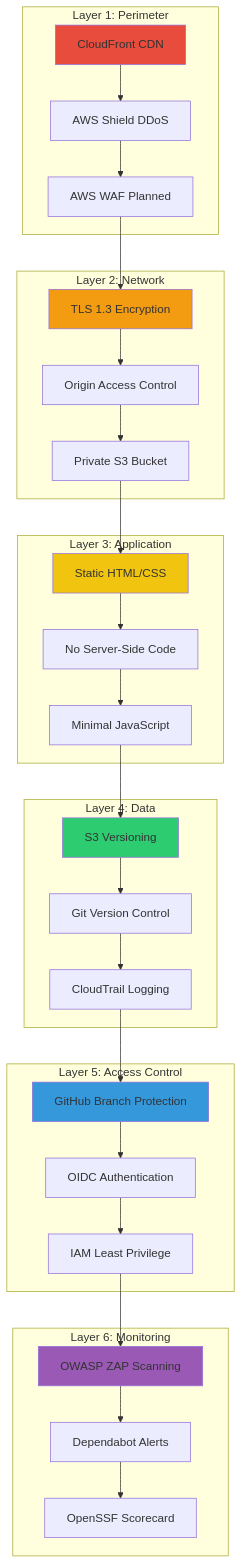
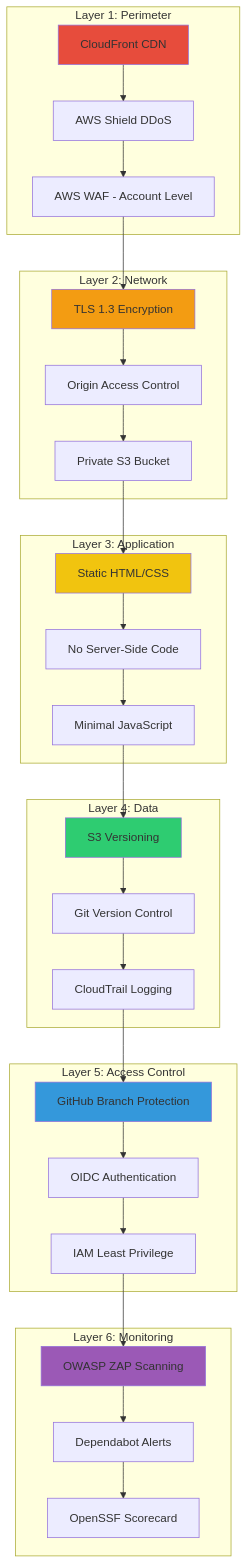
One commit to Hack23/homepage changed the sixth of 6 diagrams in SECURITY_ARCHITECTURE.md. Above: the diagram before and after it, drawn with Mermaid. The commit also changed other lines of this file and 1 other file, not shown here.

Commit message:
Update security architecture to reflect actual AWS implementations

````diff
--- a/SECURITY_ARCHITECTURE.md
+++ b/SECURITY_ARCHITECTURE.md
@@ -763,45 +784,45 @@
 ```mermaid
 graph TD
     subgraph "Layer 1: Perimeter"
         L1A[CloudFront CDN] --> L1B[AWS Shield DDoS]
-        L1B --> L1C[AWS WAF Planned]
+        L1B --> L1C[AWS WAF - Account Level]
     end
     
     subgraph "Layer 2: Network"
         L2A[TLS 1.3 Encryption] --> L2B[Origin Access Control]
         L2B --> L2C[Private S3 Bucket]
     end
     
     subgraph "Layer 3: Application"
         L3A[Static HTML/CSS] --> L3B[No Server-Side Code]
         L3B --> L3C[Minimal JavaScript]
     end
     
     subgraph "Layer 4: Data"
         L4A[S3 Versioning] --> L4B[Git Version Control]
         L4B --> L4C[CloudTrail Logging]
     end
     
     subgraph "Layer 5: Access Control"
         L5A[GitHub Branch Protection] --> L5B[OIDC Authentication]
         L5B --> L5C[IAM Least Privilege]
     end
     
     subgraph "Layer 6: Monitoring"
         L6A[OWASP ZAP Scanning] --> L6B[Dependabot Alerts]
         L6B --> L6C[OpenSSF Scorecard]
     end
     
     L1C --> L2A
     L2C --> L3A
     L3C --> L4A
     L4C --> L5A
     L5C --> L6A
     
     style L1A fill:#e74c3c
     style L2A fill:#f39c12
     style L3A fill:#f1c40f
     style L4A fill:#2ecc71
     style L5A fill:#3498db
     style L6A fill:#9b59b6
 ```
````
